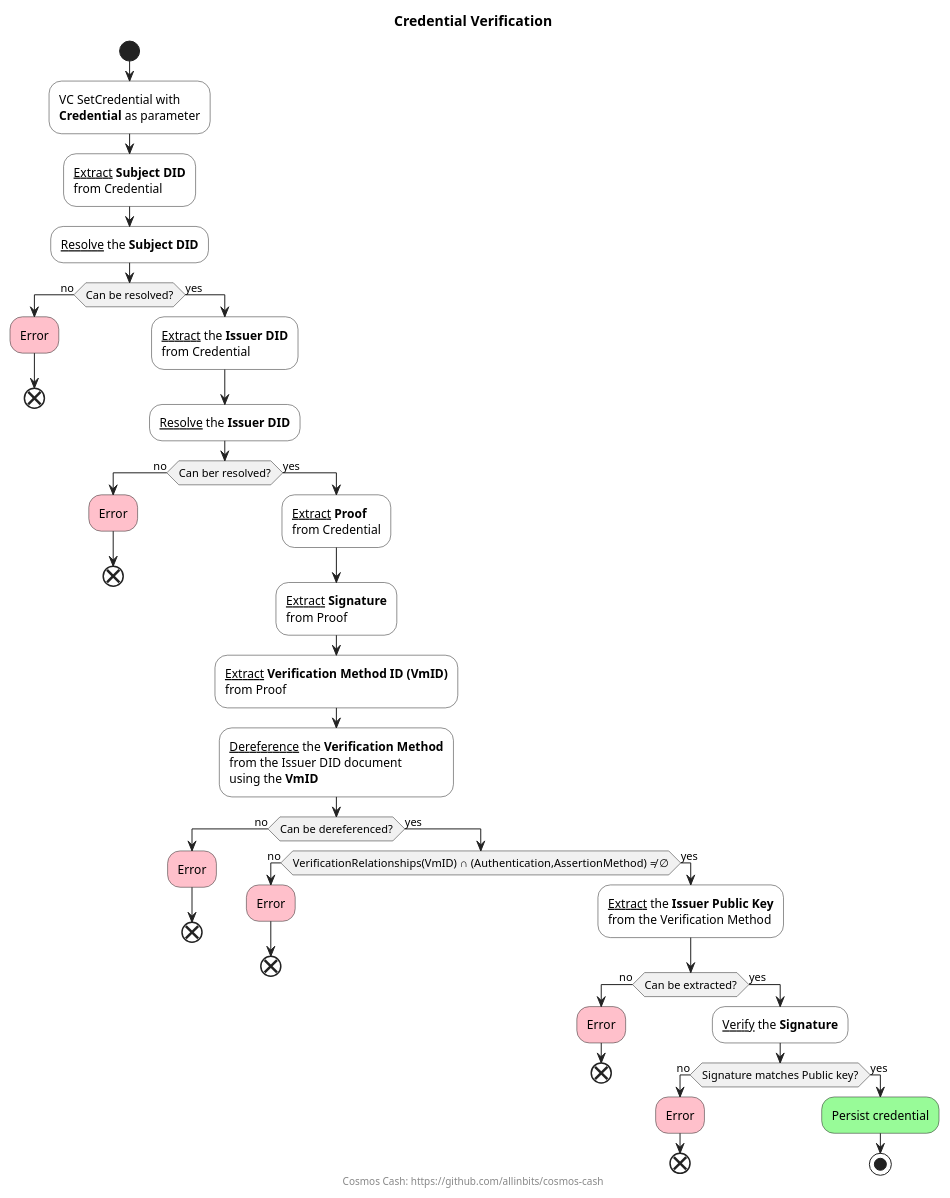
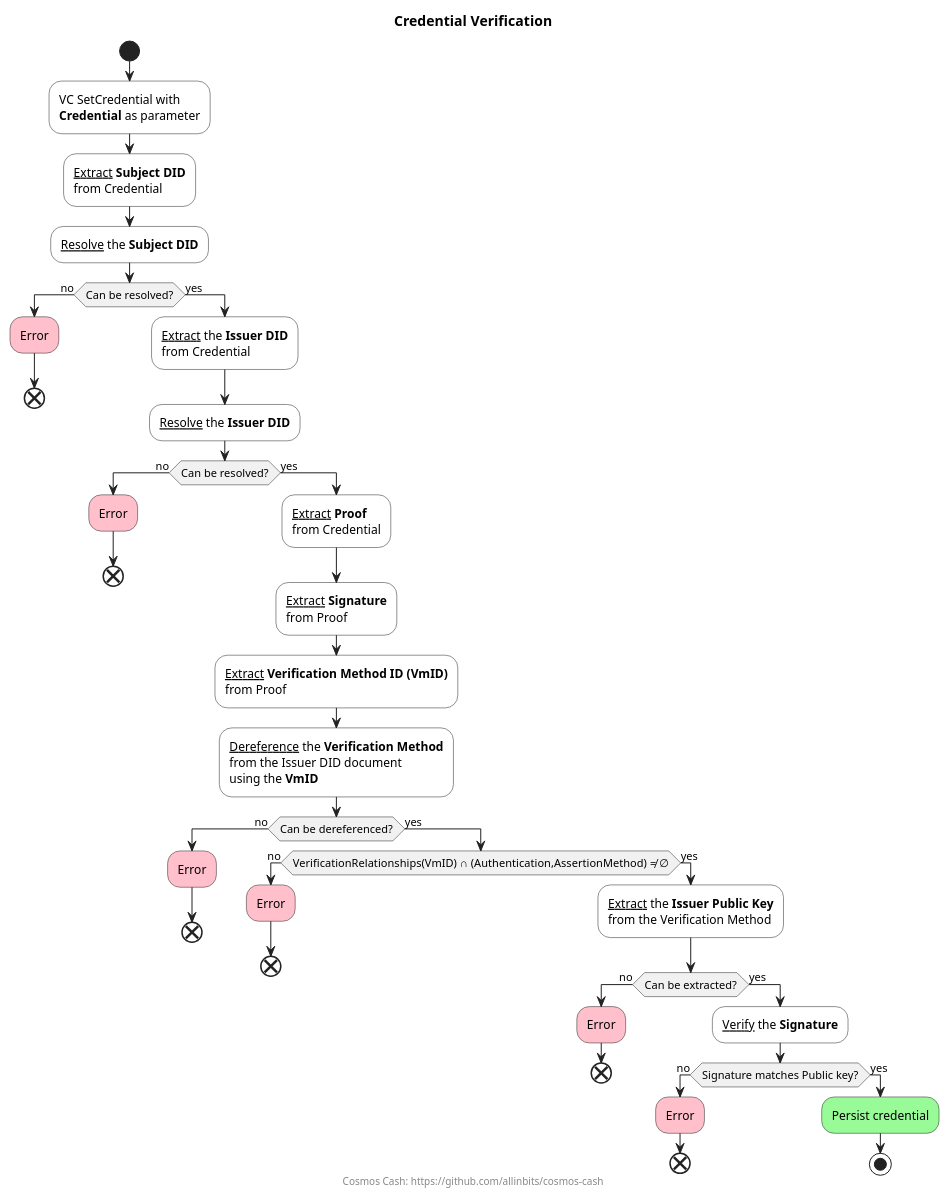
Before and after one commit to allinbits/cosmos-cash: the diagram in docs/assets/diagrams/src/credentials_validate_proof.puml, drawn with PlantUML. The commit also changed 2 other files, not shown here.

Commit message:
Andrea teaching me cool edits and diagrams

```diff
--- a/docs/assets/diagrams/src/credentials_validate_proof.puml
+++ b/docs/assets/diagrams/src/credentials_validate_proof.puml
@@ -1,68 +1,68 @@
 @startuml
 title Credential Verification
 footer Cosmos Cash: https://github.com/allinbits/cosmos-cash
 
 <style>
 activityDiagram {
   LineColor #222
   FontName sans
 }
 </style>
 skinparam monochrome false
 skinparam shadowing false
 
 start
 #white:VC SetCredential with
 **Credential** as parameter;
 #white:__Extract__ **Subject DID**
 from Credential;
 #white:__Resolve__ the **Subject DID**;
 if (Can be resolved?) then (no)
     #pink:Error;
     end
 else (yes)
     #white:__Extract__ the **Issuer DID**
     from Credential;
     #white:__Resolve__ the **Issuer DID**;
-    if (Can ber resolved?) then (no)
+    if (Can be resolved?) then (no)
         #pink:Error;
         end
     else (yes)
         #white:__Extract__ **Proof**
         from Credential;
         #white:__Extract__ **Signature**
         from Proof;
         #white:__Extract__ **Verification Method ID (VmID)**
         from Proof;
         #white:__Dereference__ the **Verification Method**
         from the Issuer DID document
         using the **VmID**;
         if (Can be dereferenced?) then (no)
             #pink:Error;
             end
         else (yes)
             if (VerificationRelationships(VmID) ∩ (Authentication,AssertionMethod) ≠ ∅) then (no)
                 #pink:Error;
                 end
             else (yes)
                 #white:__Extract__ the **Issuer Public Key**
                 from the Verification Method;
                 if (Can be extracted?) then (no)
                     #pink:Error;
                     end
                 else (yes)
                    #white:__Verify__ the **Signature**;
                    if (Signature matches Public key?) then (no)
                        #pink:Error;
                        end
                    else (yes)
                        #palegreen:Persist credential;
                        stop
                    endif
                 endif
             endif
         endif
     endif
 endif
 
 @enduml
```
